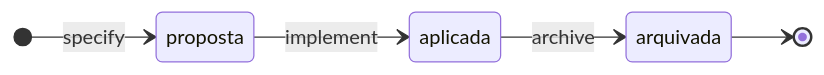
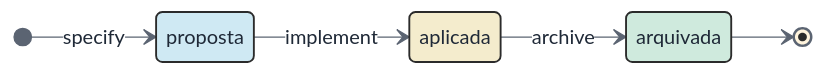
Before and after one commit to iuripereira/deltaspec: the fourth of 6 diagrams in README.md, drawn with Mermaid. The commit also changed other lines of this file and 2 other files, not shown here.

````diff
--- a/README.md
+++ b/README.md
@@ -155,8 +176,16 @@
 ```mermaid
+%%{init: {'theme':'base','themeVariables':{'lineColor':'#5b6472','primaryTextColor':'#1f2937','primaryBorderColor':'#2b2b2b','edgeLabelBackground':'#ffffff'}}}%%
 stateDiagram-v2
     direction LR
     [*] --> proposta : specify
     proposta --> aplicada : implement
     aplicada --> arquivada : archive
     arquivada --> [*]
+
+    classDef prop fill:#cfe9f3,stroke:#2b2b2b,stroke-width:1.5px,color:#1f2937
+    classDef apl fill:#f4eccd,stroke:#2b2b2b,stroke-width:1.5px,color:#1f2937
+    classDef arq fill:#cfeadd,stroke:#2b2b2b,stroke-width:1.5px,color:#1f2937
+    class proposta prop
+    class aplicada apl
+    class arquivada arq
 ```
````
